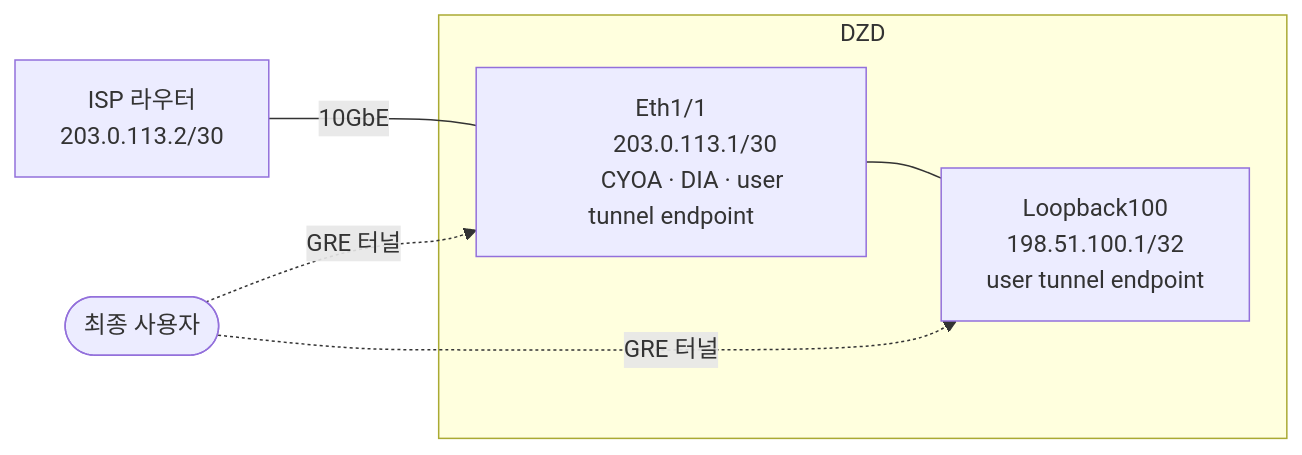
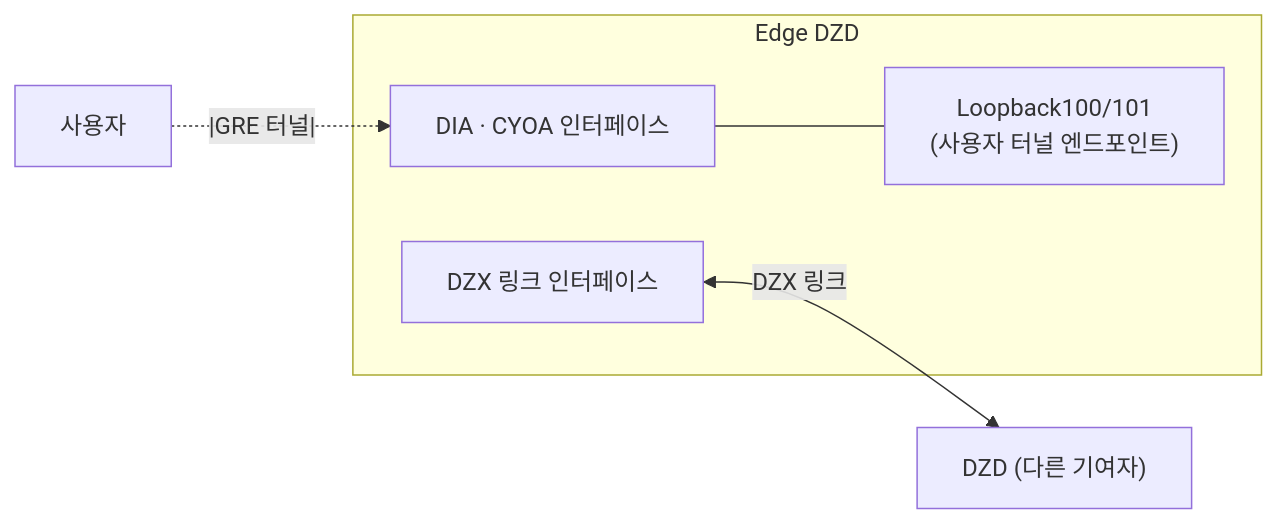
Before and after one commit to malbeclabs/docs: the fifth of 7 diagrams in docs/contribute-provisioning.ko.md, drawn with Mermaid. The commit also changed other lines of this file and 34 other files, not shown here.

````diff
--- a/docs/contribute-provisioning.ko.md
+++ b/docs/contribute-provisioning.ko.md
@@ -392,20 +320,12 @@
 ```mermaid
 flowchart LR
-    USERS(["최종 사용자"])
-
-    subgraph DZD["DZD"]
-        E1["Eth1/1
-        203.0.113.1/30
-        CYOA · DIA · user tunnel endpoint"]
-        LO["Loopback100
-        198.51.100.1/32\n        user tunnel endpoint"]
-        E1 --- LO
+    subgraph EDZD[Edge DZD]
+        E_CYOA["DIA · CYOA 인터페이스"]
+        E_TUN["Loopback100/101
+        (사용자 터널 엔드포인트)"]
+        E_DZX["DZX 링크 인터페이스"]
+        E_CYOA --- E_TUN
     end
-
-    ISP["ISP 라우터
-    203.0.113.2/30"]
-
-    ISP -- "10GbE" --- E1
-    USERS -. "GRE 터널" .-> E1
-    USERS -. "GRE 터널" .-> LO
+    EU["사용자"] -.|GRE 터널|.-> E_CYOA
+    E_DZX <-->|DZX 링크| ED["DZD (다른 기여자)"]
 ```
````
